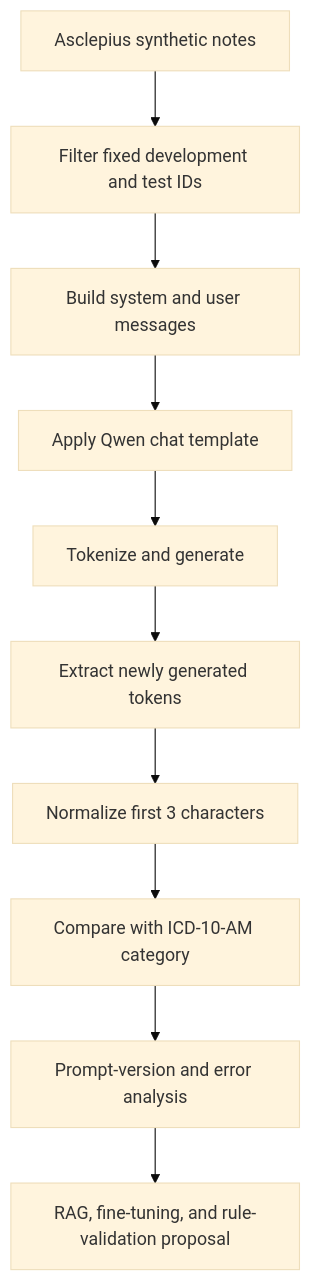
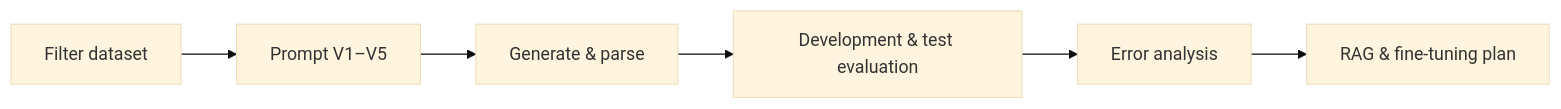
Before and after one commit to Kandasorat/Kandasorat: the first of 2 diagrams in projects/icd-coding.md, drawn with Mermaid (base theme). The commit also changed 9 other files, not shown here.

Commit message:
docs: compact project workflow diagrams

````diff
--- a/projects/icd-coding.md
+++ b/projects/icd-coding.md
@@ -20,12 +20,8 @@
 ```mermaid
-flowchart TD
-    A[Asclepius synthetic notes] --> B[Filter fixed development and test IDs]
-    B --> C[Build system and user messages]
-    C --> D[Apply Qwen chat template]
-    D --> E[Tokenize and generate]
-    E --> F[Extract newly generated tokens]
-    F --> G[Normalize first 3 characters]
-    G --> H[Compare with ICD-10-AM category]
-    H --> I[Prompt-version and error analysis]
-    I --> J[RAG, fine-tuning, and rule-validation proposal]
+flowchart LR
+    A[Filter dataset] --> B[Prompt V1–V5]
+    B --> C[Generate & parse]
+    C --> D[Development & test evaluation]
+    D --> E[Error analysis]
+    E --> F[RAG & fine-tuning plan]
 ```
````
